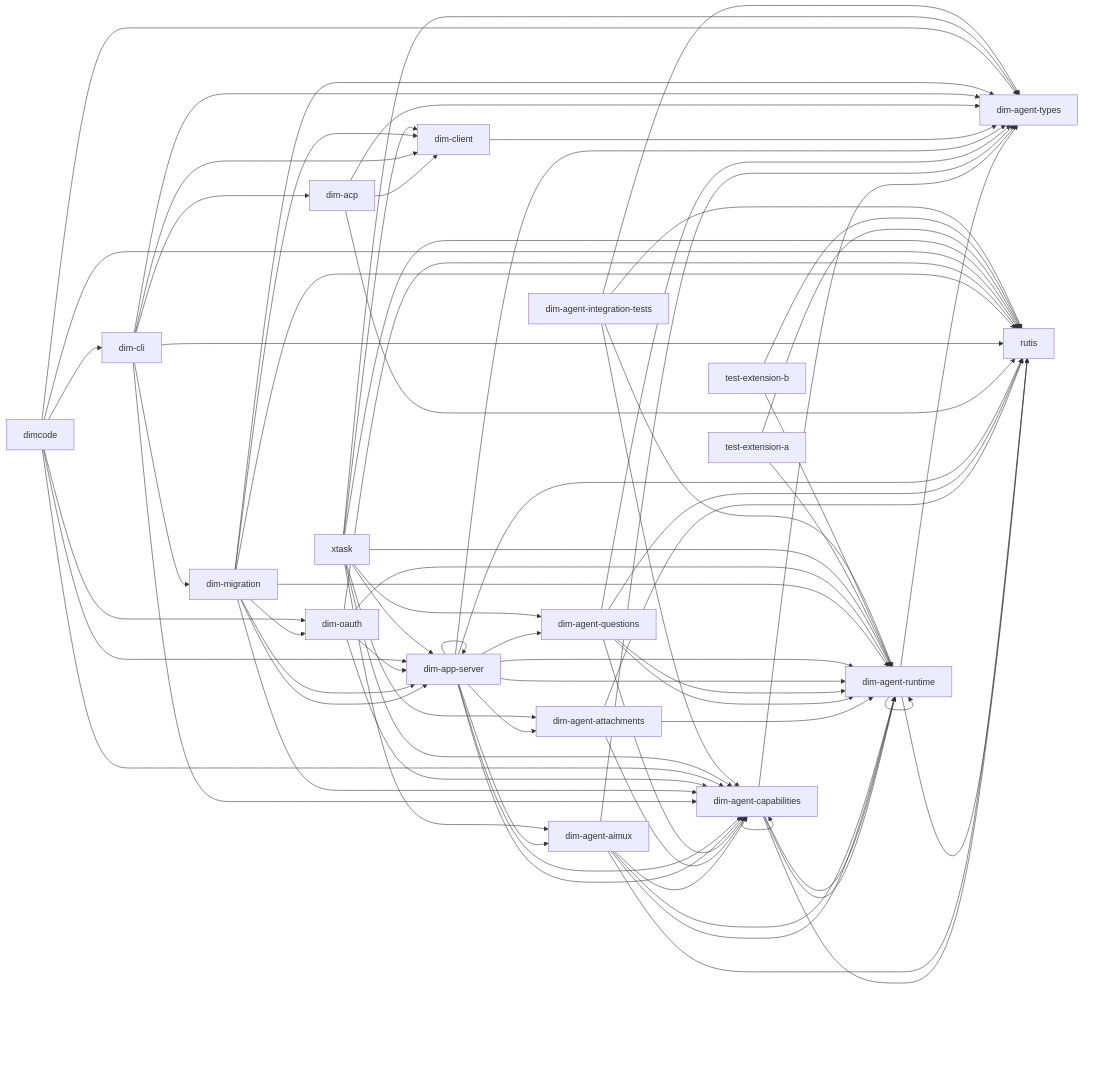
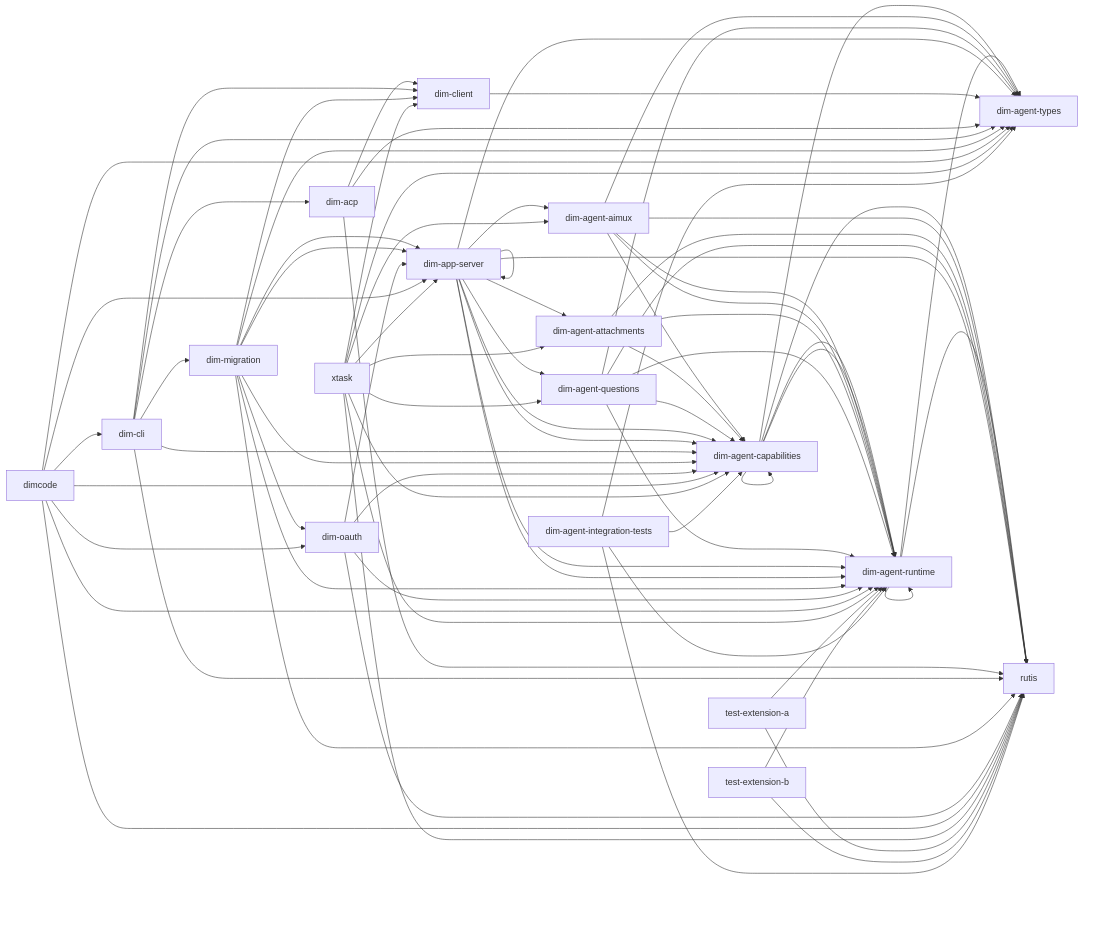
One commit to CoutinhoTTS/dim-agent changed the diagram in docs/architecture/rust-agent/generated/crates.mmd. Above: the diagram before and after it, drawn with Mermaid. The commit also changed 10 other files, not shown here.

```diff
--- a/docs/architecture/rust-agent/generated/crates.mmd
+++ b/docs/architecture/rust-agent/generated/crates.mmd
@@ -1,78 +1,79 @@
 %% Generated from cargo metadata; do not edit.
 flowchart LR
   dim_agent_runtime["dim-agent-runtime"] --> dim_agent_types["dim-agent-types"]
   dim_agent_runtime["dim-agent-runtime"] --> rutis["rutis"]
   dim_agent_runtime["dim-agent-runtime"] --> dim_agent_runtime["dim-agent-runtime"]
   dim_agent_capabilities["dim-agent-capabilities"] --> dim_agent_runtime["dim-agent-runtime"]
   dim_agent_capabilities["dim-agent-capabilities"] --> dim_agent_types["dim-agent-types"]
   dim_agent_capabilities["dim-agent-capabilities"] --> rutis["rutis"]
   dim_agent_capabilities["dim-agent-capabilities"] --> dim_agent_capabilities["dim-agent-capabilities"]
   dim_agent_capabilities["dim-agent-capabilities"] --> dim_agent_runtime["dim-agent-runtime"]
   dim_agent_aimux["dim-agent-aimux"] --> dim_agent_capabilities["dim-agent-capabilities"]
   dim_agent_aimux["dim-agent-aimux"] --> dim_agent_runtime["dim-agent-runtime"]
   dim_agent_aimux["dim-agent-aimux"] --> dim_agent_types["dim-agent-types"]
   dim_agent_aimux["dim-agent-aimux"] --> rutis["rutis"]
   dim_agent_aimux["dim-agent-aimux"] --> dim_agent_runtime["dim-agent-runtime"]
   dim_agent_attachments["dim-agent-attachments"] --> dim_agent_capabilities["dim-agent-capabilities"]
   dim_agent_attachments["dim-agent-attachments"] --> dim_agent_runtime["dim-agent-runtime"]
   dim_agent_attachments["dim-agent-attachments"] --> rutis["rutis"]
   dim_agent_questions["dim-agent-questions"] --> dim_agent_capabilities["dim-agent-capabilities"]
   dim_agent_questions["dim-agent-questions"] --> dim_agent_runtime["dim-agent-runtime"]
   dim_agent_questions["dim-agent-questions"] --> dim_agent_types["dim-agent-types"]
   dim_agent_questions["dim-agent-questions"] --> rutis["rutis"]
   dim_agent_questions["dim-agent-questions"] --> dim_agent_runtime["dim-agent-runtime"]
   dim_app_server["dim-app-server"] --> dim_agent_aimux["dim-agent-aimux"]
   dim_app_server["dim-app-server"] --> dim_agent_attachments["dim-agent-attachments"]
   dim_app_server["dim-app-server"] --> dim_agent_capabilities["dim-agent-capabilities"]
   dim_app_server["dim-app-server"] --> dim_agent_questions["dim-agent-questions"]
   dim_app_server["dim-app-server"] --> dim_agent_runtime["dim-agent-runtime"]
   dim_app_server["dim-app-server"] --> dim_agent_types["dim-agent-types"]
   dim_app_server["dim-app-server"] --> rutis["rutis"]
   dim_app_server["dim-app-server"] --> dim_agent_capabilities["dim-agent-capabilities"]
   dim_app_server["dim-app-server"] --> dim_agent_runtime["dim-agent-runtime"]
   dim_app_server["dim-app-server"] --> dim_app_server["dim-app-server"]
   dim_client["dim-client"] --> dim_agent_types["dim-agent-types"]
   dim_acp["dim-acp"] --> dim_agent_types["dim-agent-types"]
   dim_acp["dim-acp"] --> dim_client["dim-client"]
   dim_acp["dim-acp"] --> rutis["rutis"]
   dim_cli["dim-cli"] --> dim_acp["dim-acp"]
   dim_cli["dim-cli"] --> dim_agent_capabilities["dim-agent-capabilities"]
   dim_cli["dim-cli"] --> dim_agent_types["dim-agent-types"]
   dim_cli["dim-cli"] --> dim_client["dim-client"]
   dim_cli["dim-cli"] --> dim_migration["dim-migration"]
   dim_cli["dim-cli"] --> rutis["rutis"]
   dim_migration["dim-migration"] --> dim_agent_capabilities["dim-agent-capabilities"]
   dim_migration["dim-migration"] --> dim_agent_runtime["dim-agent-runtime"]
   dim_migration["dim-migration"] --> dim_agent_types["dim-agent-types"]
   dim_migration["dim-migration"] --> dim_app_server["dim-app-server"]
   dim_migration["dim-migration"] --> rutis["rutis"]
   dim_migration["dim-migration"] --> dim_app_server["dim-app-server"]
   dim_migration["dim-migration"] --> dim_client["dim-client"]
   dim_migration["dim-migration"] --> dim_oauth["dim-oauth"]
   dim_oauth["dim-oauth"] --> dim_agent_capabilities["dim-agent-capabilities"]
   dim_oauth["dim-oauth"] --> dim_agent_runtime["dim-agent-runtime"]
   dim_oauth["dim-oauth"] --> dim_app_server["dim-app-server"]
   dim_oauth["dim-oauth"] --> rutis["rutis"]
   dimcode["dimcode"] --> dim_app_server["dim-app-server"]
   dimcode["dimcode"] --> dim_cli["dim-cli"]
   dimcode["dimcode"] --> dim_oauth["dim-oauth"]
   dimcode["dimcode"] --> dim_agent_capabilities["dim-agent-capabilities"]
+  dimcode["dimcode"] --> dim_agent_runtime["dim-agent-runtime"]
   dimcode["dimcode"] --> dim_agent_types["dim-agent-types"]
   dimcode["dimcode"] --> rutis["rutis"]
   xtask["xtask"] --> dim_agent_aimux["dim-agent-aimux"]
   xtask["xtask"] --> dim_agent_attachments["dim-agent-attachments"]
   xtask["xtask"] --> dim_agent_capabilities["dim-agent-capabilities"]
   xtask["xtask"] --> dim_agent_questions["dim-agent-questions"]
   xtask["xtask"] --> dim_agent_runtime["dim-agent-runtime"]
   xtask["xtask"] --> dim_agent_types["dim-agent-types"]
   xtask["xtask"] --> dim_app_server["dim-app-server"]
   xtask["xtask"] --> dim_client["dim-client"]
   xtask["xtask"] --> rutis["rutis"]
   test_extension_a["test-extension-a"] --> dim_agent_runtime["dim-agent-runtime"]
   test_extension_a["test-extension-a"] --> rutis["rutis"]
   test_extension_b["test-extension-b"] --> dim_agent_runtime["dim-agent-runtime"]
   test_extension_b["test-extension-b"] --> rutis["rutis"]
   dim_agent_integration_tests["dim-agent-integration-tests"] --> dim_agent_capabilities["dim-agent-capabilities"]
   dim_agent_integration_tests["dim-agent-integration-tests"] --> dim_agent_runtime["dim-agent-runtime"]
   dim_agent_integration_tests["dim-agent-integration-tests"] --> dim_agent_types["dim-agent-types"]
   dim_agent_integration_tests["dim-agent-integration-tests"] --> rutis["rutis"]
```
